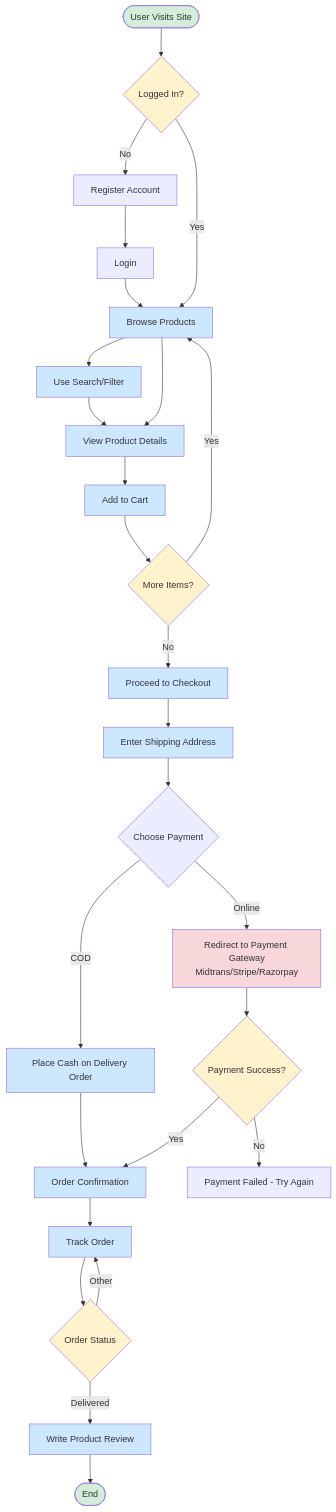
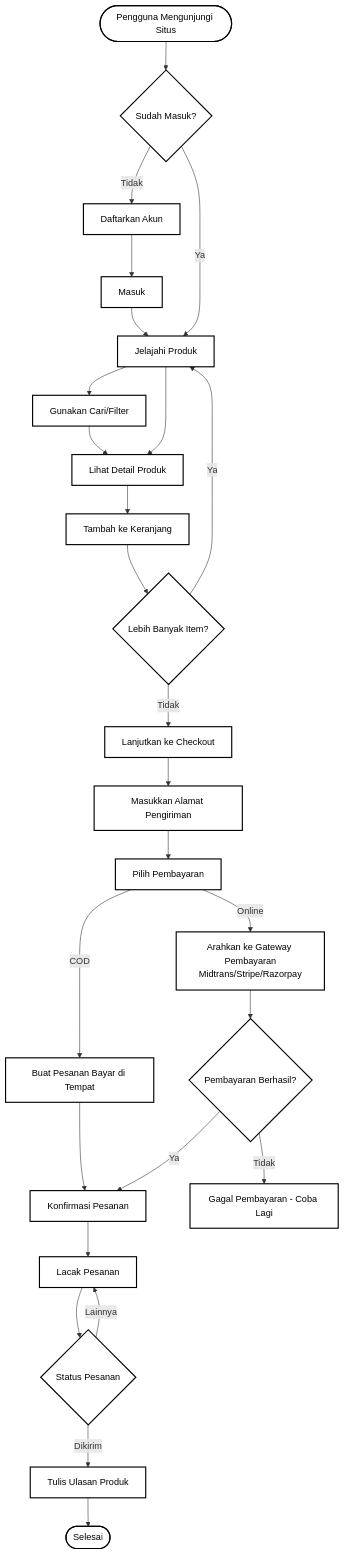
The fourth of 10 diagrams in README.md (Grinti123/gerai-ayra-fullstack), drawn with Mermaid before and after one commit. The commit also changed other lines of this file, not shown here.

````diff
--- a/README.md
+++ b/README.md
@@ -124,48 +112,42 @@
 ```mermaid
 flowchart TD
-    Start([User Visits Site]) --> LoginCheck{Logged In?}
+    Start([Pengguna Mengunjungi Situs]) --> LoginCheck{Sudah Masuk?}
 
-    LoginCheck -->|No| Register[Register Account]
-    Register --> Login[Login]
-    LoginCheck -->|Yes| Browse[Browse Products]
+    LoginCheck -->|Tidak| Register[Daftarkan Akun]
+    Register --> Login[Masuk]
+    LoginCheck -->|Ya| Browse[Jelajahi Produk]
 
     Login --> Browse
 
-    Browse --> Search[Use Search/Filter]
-    Search --> ViewProduct[View Product Details]
+    Browse --> Search[Gunakan Cari/Filter]
+    Search --> ViewProduct[Lihat Detail Produk]
     Browse --> ViewProduct
 
-    ViewProduct --> AddToCart[Add to Cart]
-    AddToCart --> CartCheck{More Items?}
-    CartCheck -->|Yes| Browse
-    CartCheck -->|No| Checkout[Proceed to Checkout]
+    ViewProduct --> AddToCart[Tambah ke Keranjang]
+    AddToCart --> CartCheck{Lebih Banyak Item?}
+    CartCheck -->|Ya| Browse
+    CartCheck -->|Tidak| Checkout[Lanjutkan ke Checkout]
 
-    Checkout --> Address[Enter Shipping Address]
-    Address --> PaymentMethod{Choose Payment}
+    Checkout --> Address[Masukkan Alamat Pengiriman]
+    Address --> PaymentMethod[Pilih Pembayaran]
 
-    PaymentMethod -->|COD| PlaceOrderCOD[Place Cash on Delivery Order]
-    PaymentMethod -->|Online| PaymentGateway[Redirect to Payment Gateway<br/>Midtrans/Stripe/Razorpay]
+    PaymentMethod -->|COD| PlaceOrderCOD[Buat Pesanan Bayar di Tempat]
+    PaymentMethod -->|Online| PaymentGateway[Arahkan ke Gateway Pembayaran<br/>Midtrans/Stripe/Razorpay]
 
-    PaymentGateway --> PaymentSuccess{Payment Success?}
-    PaymentSuccess -->|Yes| OrderConfirmation[Order Confirmation]
-    PaymentSuccess -->|No| PaymentFailed[Payment Failed - Try Again]
+    PaymentGateway --> PaymentSuccess{Pembayaran Berhasil?}
+    PaymentSuccess -->|Ya| OrderConfirmation[Konfirmasi Pesanan]
+    PaymentSuccess -->|Tidak| PaymentFailed[Gagal Pembayaran - Coba Lagi]
 
     PlaceOrderCOD --> OrderConfirmation
 
-    OrderConfirmation --> TrackOrder[Track Order]
-    TrackOrder --> OrderStatus{Order Status}
-    OrderStatus -->|Delivered| WriteReview[Write Product Review]
-    OrderStatus -->|Other| TrackOrder
+    OrderConfirmation --> TrackOrder[Lacak Pesanan]
+    TrackOrder --> OrderStatus{Status Pesanan}
+    OrderStatus -->|Dikirim| WriteReview[Tulis Ulasan Produk]
+    OrderStatus -->|Lainnya| TrackOrder
 
-    WriteReview --> End([End])
+    WriteReview --> End([Selesai])
 
-    classDef startend fill:#d4edda
-    classDef process fill:#cce7ff
-    classDef decision fill:#fff3cd
-    classDef external fill:#f8d7da
+    classDef default fill:#ffffff,stroke:#000000,stroke-width:2px,color:#000000
 
-    class Start,End startend
-    class Browse,Search,ViewProduct,AddToCart,Checkout,Address,PlaceOrderCOD,OrderConfirmation,TrackOrder,WriteReview process
-    class LoginCheck,CartCheck,PaymentSuccess,OrderStatus decision
-    class PaymentGateway external
+    class Start,End,LoginCheck,Register,Login,Browse,Search,ViewProduct,AddToCart,CartCheck,Checkout,Address,PaymentMethod,PlaceOrderCOD,PaymentGateway,PaymentSuccess,OrderConfirmation,PaymentFailed,TrackOrder,OrderStatus,WriteReview default
 ```
````
